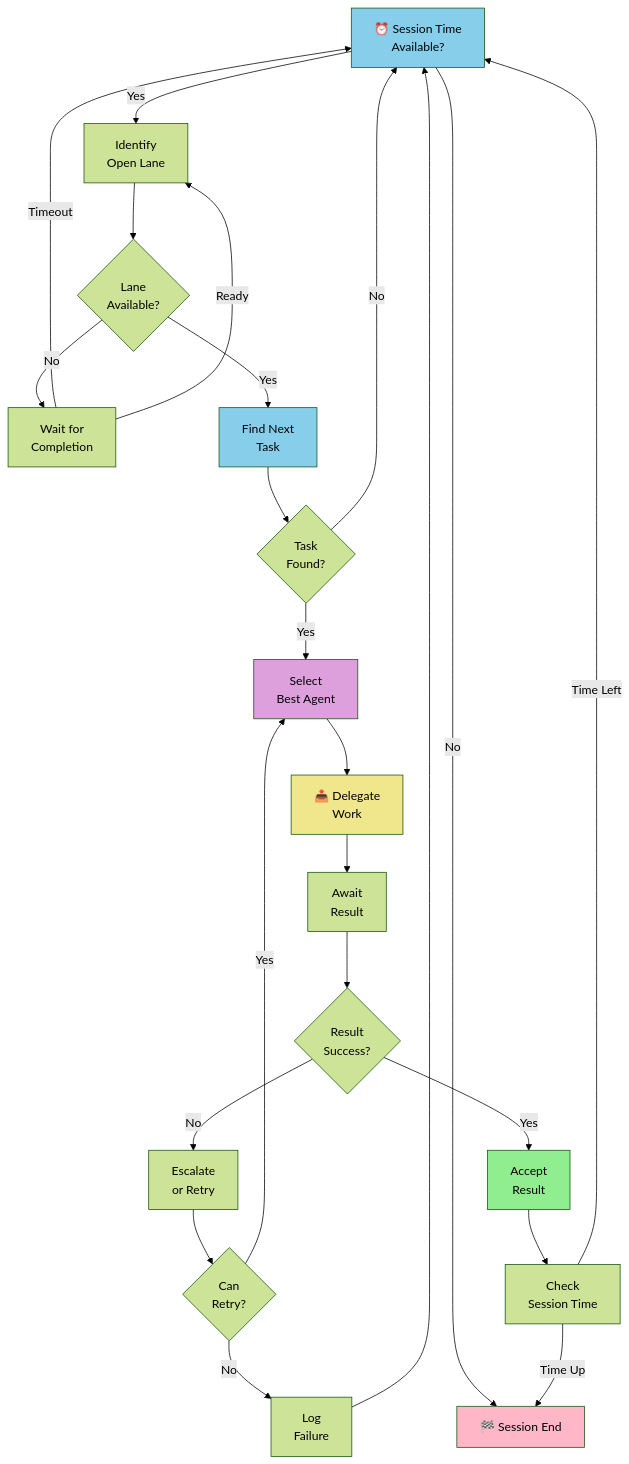
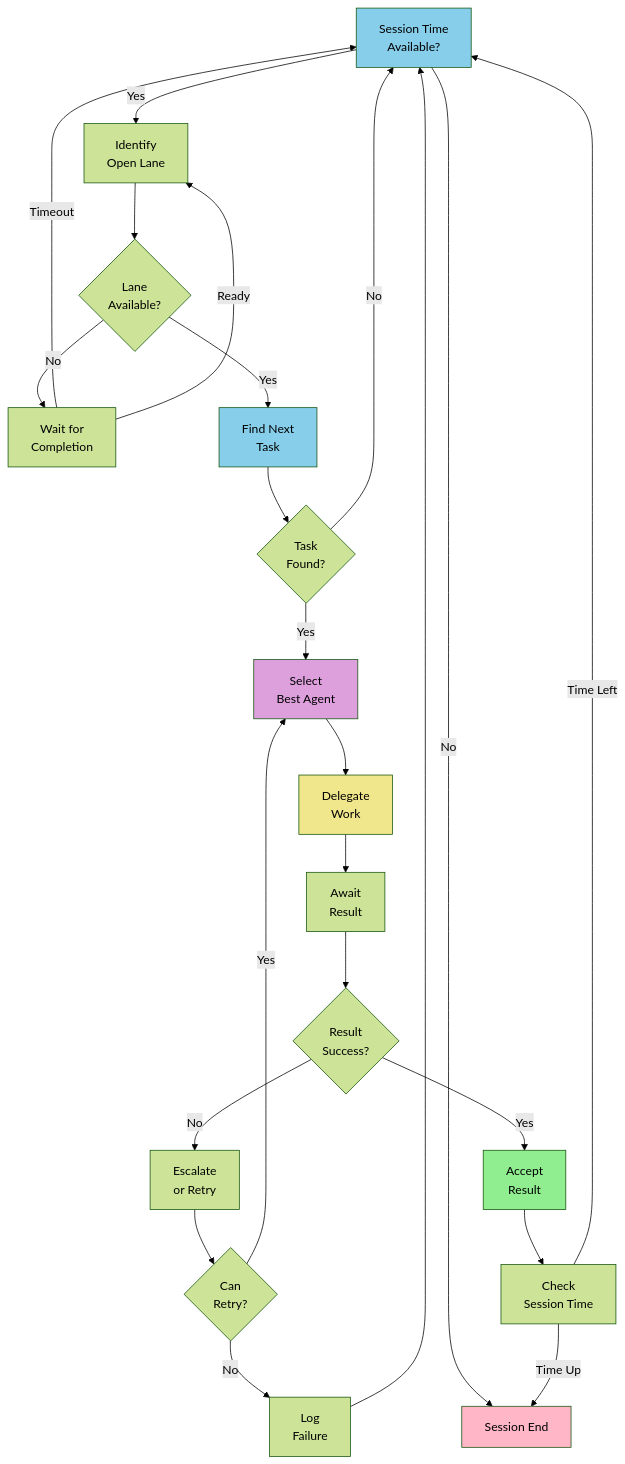
One commit to Aries-Serpent/_codex_ changed the ninth of 10 diagrams in docs/agent/CUSTOM_AGENT_COORDINATION_WORKFLOWS.md. Above: the diagram before and after it, drawn with Mermaid (forest theme). The commit also changed other lines of this file and 4117 other files, not shown here.

````diff
--- a/docs/agent/CUSTOM_AGENT_COORDINATION_WORKFLOWS.md
+++ b/docs/agent/CUSTOM_AGENT_COORDINATION_WORKFLOWS.md
@@ -397,44 +514,54 @@
 ```mermaid
 graph TD
-    A["⏰ Session Time<br/>Available?"] -->|Yes| B[" Identify<br/>Open Lane"]
-    A -->|No| END["🏁 Session End"]
 
-    B --> C{Lane<br/>Available?}
+ A[" Session Time<br/>Available?"] -->|Yes| B[" Identify<br/>Open Lane"]
 
-    C -->|No| D[" Wait for<br/>Completion"]
-    D -->|Timeout| A
-    D -->|Ready| B
+ A -->|No| END[" Session End"]
 
-    C -->|Yes| E[" Find Next<br/>Task"]
+ B --> C{Lane<br/>Available?}
 
-    E --> F{Task<br/>Found?}
+ C -->|No| D[" Wait for<br/>Completion"]
 
-    F -->|No| A
-    F -->|Yes| G[" Select<br/>Best Agent"]
+ D -->|Timeout| A
 
-    G --> H["📤 Delegate<br/>Work"]
+ D -->|Ready| B
 
-    H --> I[" Await<br/>Result"]
+ C -->|Yes| E[" Find Next<br/>Task"]
 
-    I --> J{Result<br/>Success?}
+ E --> F{Task<br/>Found?}
 
-    J -->|No| K[" Escalate<br/>or Retry"]
-    J -->|Yes| L[" Accept<br/>Result"]
+ F -->|No| A
 
-    K --> M{Can<br/>Retry?}
-    M -->|Yes| G
-    M -->|No| N[" Log<br/>Failure"]
-    N --> A
+ F -->|Yes| G[" Select<br/>Best Agent"]
 
-    L --> O[" Check<br/>Session Time"]
+ G --> H[" Delegate<br/>Work"]
 
-    O -->|Time Left| A
-    O -->|Time Up| END
+ H --> I[" Await<br/>Result"]
 
-    style A fill:#87CEEB
-    style E fill:#87CEEB
-    style G fill:#DDA0DD
-    style H fill:#F0E68C
-    style L fill:#90EE90
-    style END fill:#FFB6C6
+ I --> J{Result<br/>Success?}
+
+ J -->|No| K[" Escalate<br/>or Retry"]
+
+ J -->|Yes| L[" Accept<br/>Result"]
+
+ K --> M{Can<br/>Retry?}
+
+ M -->|Yes| G
+
+ M -->|No| N[" Log<br/>Failure"]
+
+ N --> A
+
+ L --> O[" Check<br/>Session Time"]
+
+ O -->|Time Left| A
+
+ O -->|Time Up| END
+
+ style A fill:#87CEEB
+ style E fill:#87CEEB
+ style G fill:#DDA0DD
+ style H fill:#F0E68C
+ style L fill:#90EE90
+ style END fill:#FFB6C6
 ```
````
